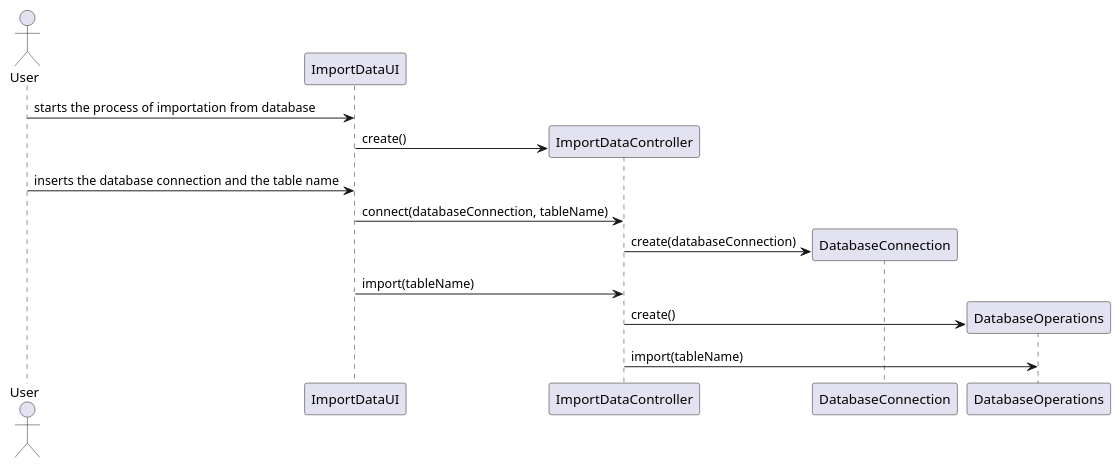
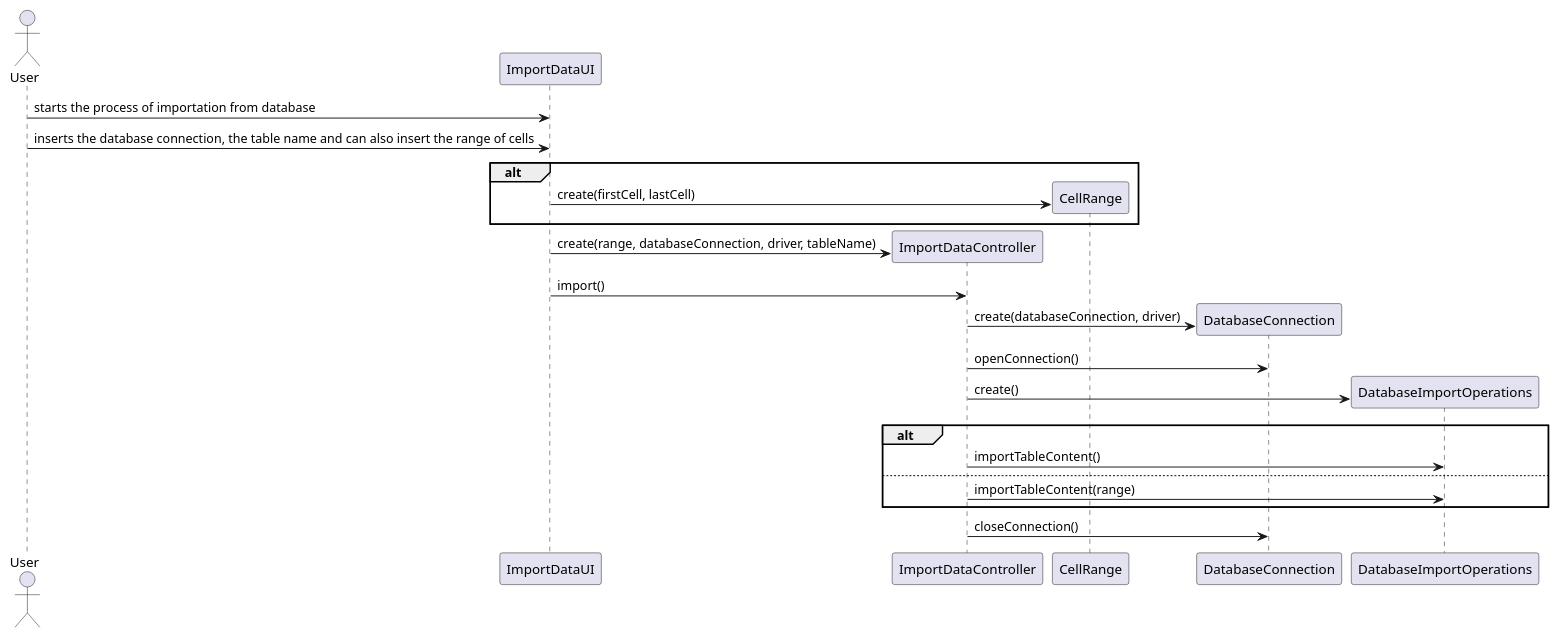
Before and after one commit to MikeTekOn/lapr4-2017-2dd: the diagram in src/main/java/lapr4/red/s3/ipc/n1150690/ImportExportDatabase/ipc_04_3_import_sd.puml, drawn with PlantUML. The commit also changed 4 other files, not shown here.

```diff
--- a/src/main/java/lapr4/red/s3/ipc/n1150690/ImportExportDatabase/ipc_04_3_import_sd.puml
+++ b/src/main/java/lapr4/red/s3/ipc/n1150690/ImportExportDatabase/ipc_04_3_import_sd.puml
@@ -1,25 +1,35 @@
 @startuml
 
 actor User
 participant "ImportDataUI" as ui
 participant "ImportDataController" as ctrl
+participant "CellRange" as range
 participant "DatabaseConnection" as db
-participant "DatabaseOperations" as op
+participant "DatabaseImportOperations" as op
 
 User -> ui : starts the process of importation from database
+User -> ui : inserts the database connection, the table name and can also insert the range of cells
+
+alt 
+create range
+ui -> range : create(firstCell, lastCell)
+end 
 create ctrl
-ui -> ctrl : create()
+ui -> ctrl : create(range, databaseConnection, driver, tableName)
 
-User -> ui : inserts the database connection and the table name
-
-ui -> ctrl : connect(databaseConnection, tableName)
+ui -> ctrl : import()
 
 create db
-ctrl -> db : create(databaseConnection)
+ctrl -> db : create(databaseConnection, driver)
+ctrl -> db : openConnection()
 
-ui -> ctrl : import(tableName)
 create op
 ctrl -> op  : create()
-ctrl -> op : import(tableName)
+alt
+ctrl -> op : importTableContent()
+else
+ctrl -> op : importTableContent(range)
+end
+ctrl -> db : closeConnection()
 
 @enduml
```
